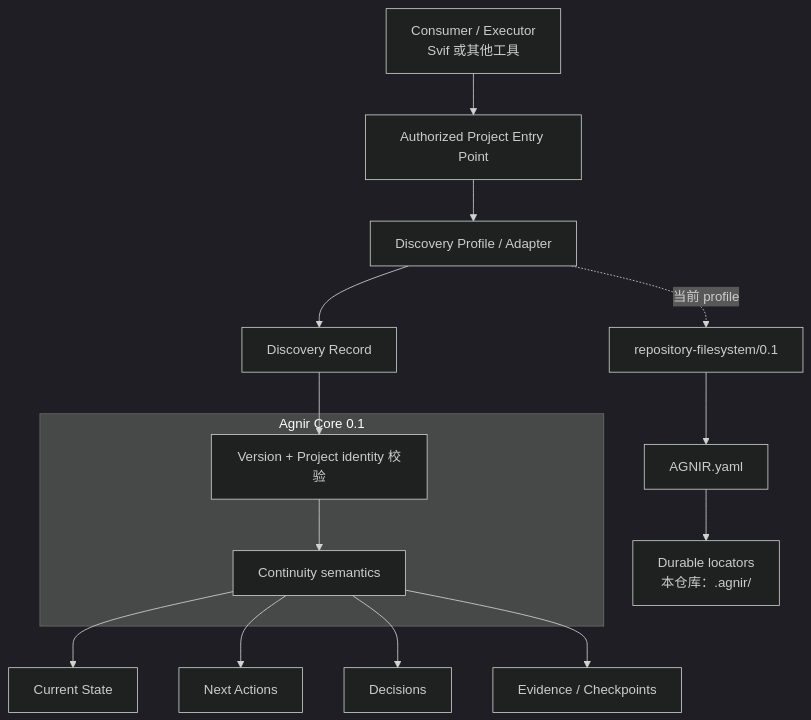
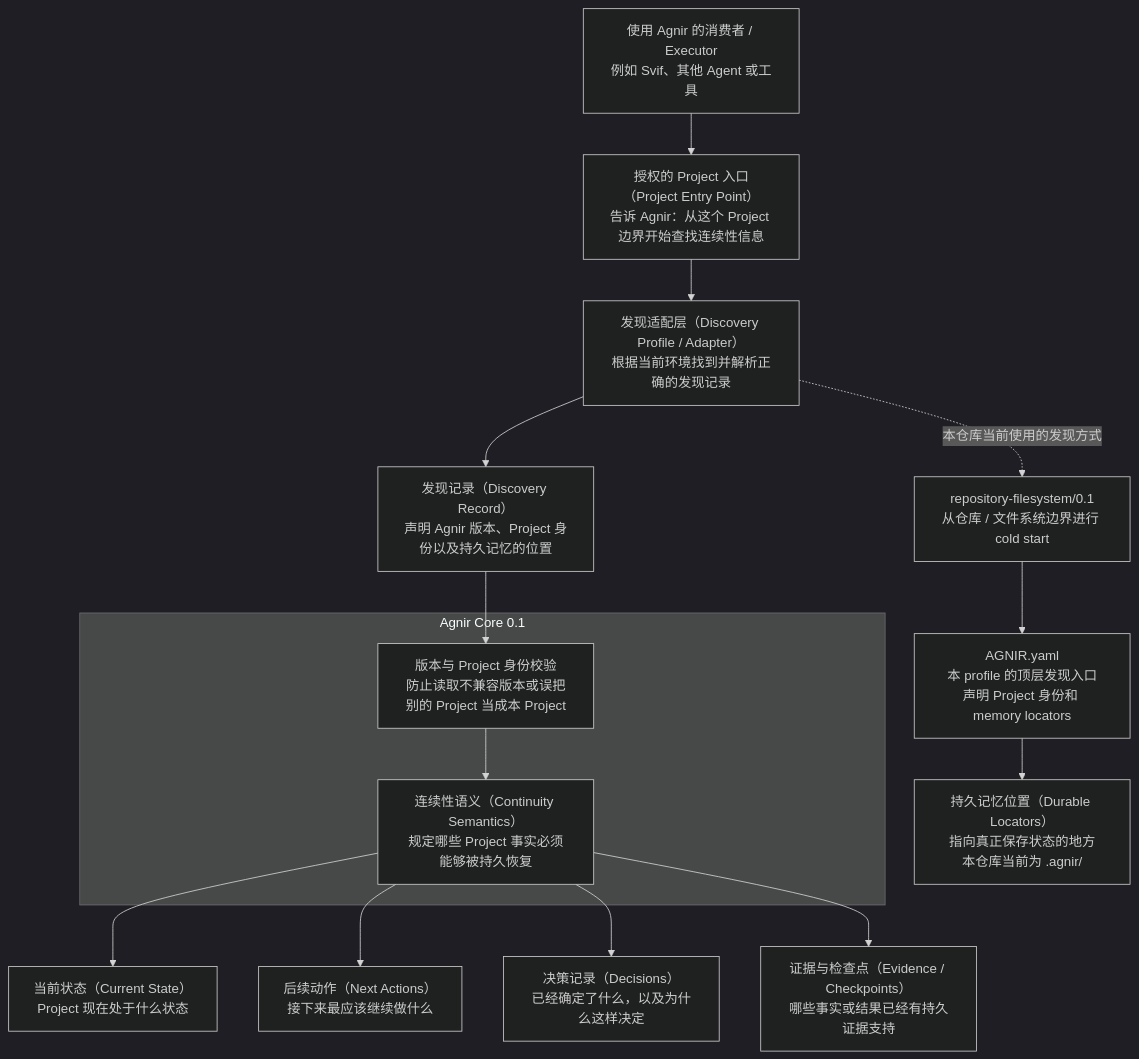
One commit to iorLab/agnir changed the first of 2 diagrams in README.zh-CN.md. Above: the diagram before and after it, drawn with Mermaid (dark theme). The commit also changed other lines of this file, not shown here.

Commit message:
docs: clarify Chinese Mermaid diagram nodes

````diff
--- a/README.zh-CN.md
+++ b/README.zh-CN.md
@@ -11,22 +11,22 @@
 ```mermaid
 flowchart TB
-    X[Consumer / Executor\nSvif 或其他工具] --> P[Authorized Project Entry Point]
-    P --> D[Discovery Profile / Adapter]
-    D --> R[Discovery Record]
+    X["使用 Agnir 的消费者 / Executor<br/>例如 Svif、其他 Agent 或工具"] --> P["授权的 Project 入口（Project Entry Point）<br/>告诉 Agnir：从这个 Project 边界开始查找连续性信息"]
+    P --> D["发现适配层（Discovery Profile / Adapter）<br/>根据当前环境找到并解析正确的发现记录"]
+    D --> R["发现记录（Discovery Record）<br/>声明 Agnir 版本、Project 身份以及持久记忆的位置"]
 
     subgraph C[Agnir Core 0.1]
-        V[Version + Project identity 校验]
-        M[Continuity semantics]
+        V["版本与 Project 身份校验<br/>防止读取不兼容版本或误把别的 Project 当成本 Project"]
+        M["连续性语义（Continuity Semantics）<br/>规定哪些 Project 事实必须能够被持久恢复"]
         V --> M
     end
 
     R --> V
-    M --> S[Current State]
-    M --> N[Next Actions]
-    M --> J[Decisions]
-    M --> E[Evidence / Checkpoints]
+    M --> S["当前状态（Current State）<br/>Project 现在处于什么状态"]
+    M --> N["后续动作（Next Actions）<br/>接下来最应该继续做什么"]
+    M --> J["决策记录（Decisions）<br/>已经确定了什么，以及为什么这样决定"]
+    M --> E["证据与检查点（Evidence / Checkpoints）<br/>哪些事实或结果已经有持久证据支持"]
 
-    D -. 当前 profile .-> Y[repository-filesystem/0.1]
-    Y --> A[AGNIR.yaml]
-    A --> F[Durable locators\n本仓库：.agnir/]
+    D -. "本仓库当前使用的发现方式" .-> Y["repository-filesystem/0.1<br/>从仓库 / 文件系统边界进行 cold start"]
+    Y --> A["AGNIR.yaml<br/>本 profile 的顶层发现入口<br/>声明 Project 身份和 memory locators"]
+    A --> F["持久记忆位置（Durable Locators）<br/>指向真正保存状态的地方<br/>本仓库当前为 .agnir/"]
 ```
````
